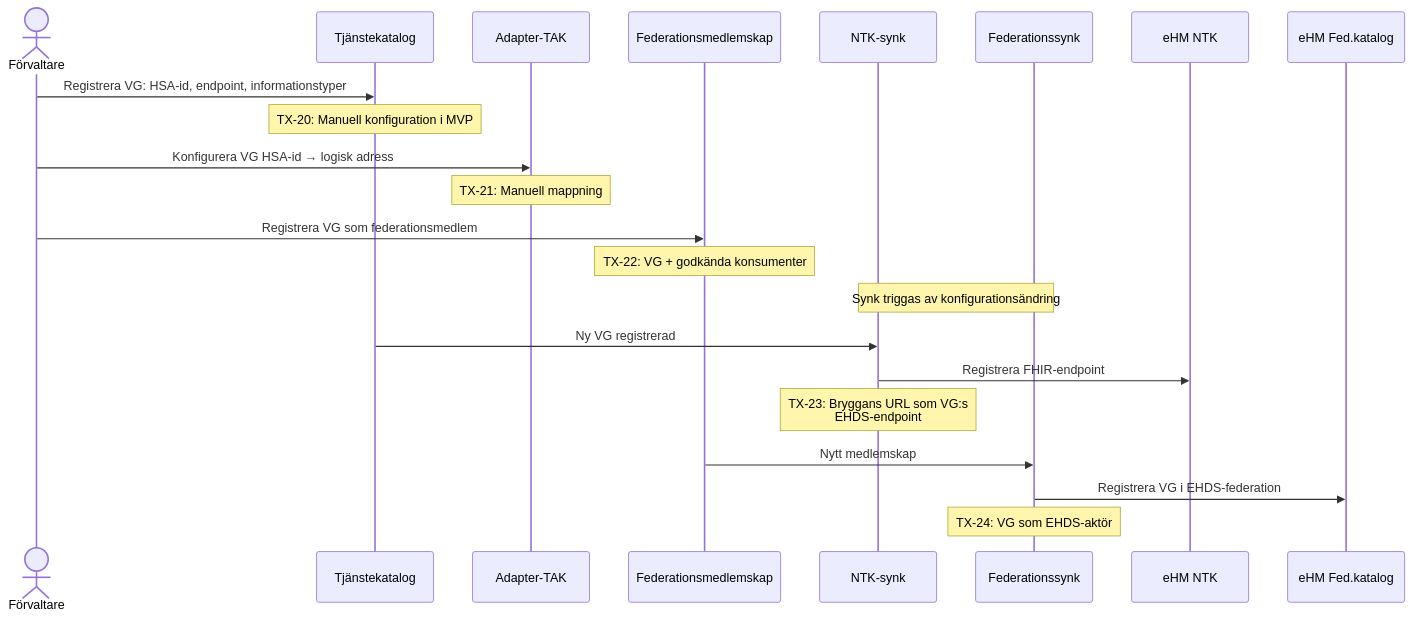
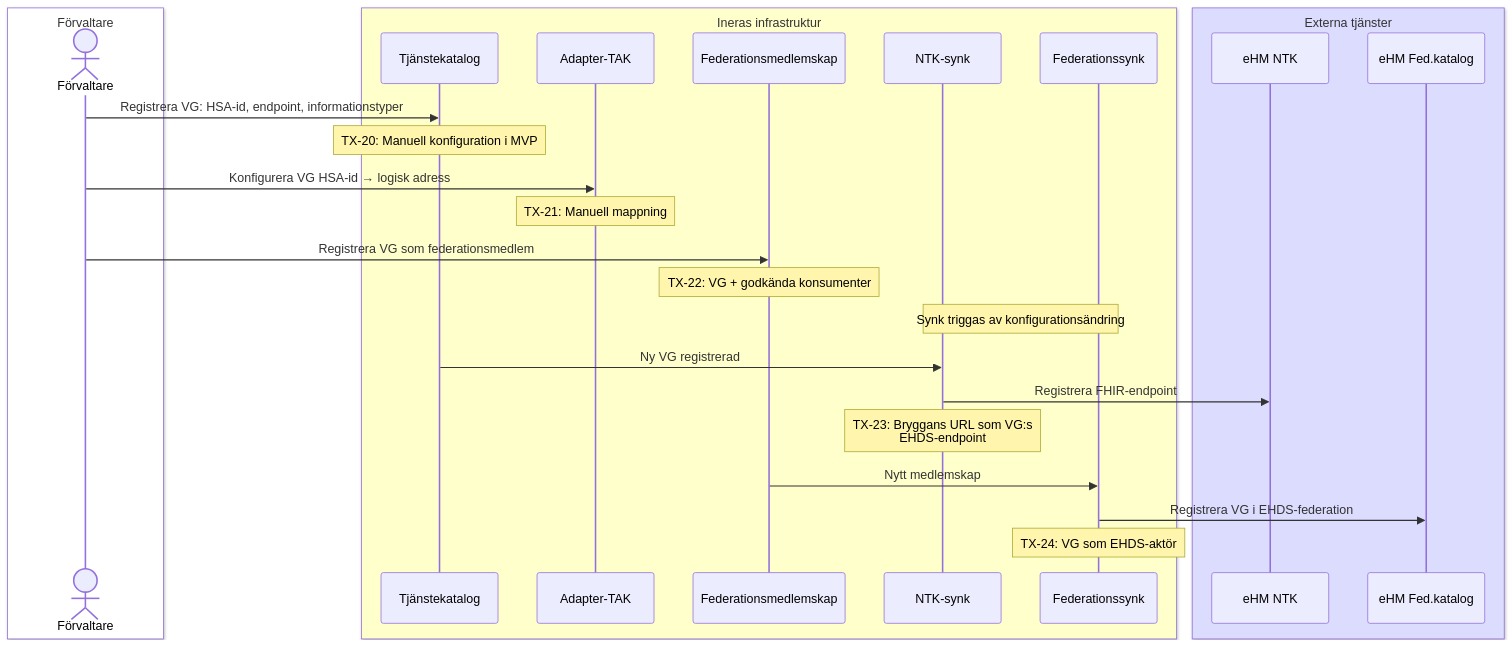
The sixth of 9 diagrams in T2/EHDS-brygga/losningsarkitektur-mvp-ehds.md (oskthu2/inera), drawn with Mermaid before and after one commit. The commit also changed other lines of this file, not shown here.

First line of the commit message:
Lägg till färgade boxar i alla Mermaid-diagram

````diff
--- a/T2/EHDS-brygga/losningsarkitektur-mvp-ehds.md
+++ b/T2/EHDS-brygga/losningsarkitektur-mvp-ehds.md
@@ -271,30 +289,36 @@
 ```mermaid
 sequenceDiagram
-    actor FV as Förvaltare
-    participant TK as Tjänstekatalog
-    participant TAK as Adapter-TAK
-    participant FMK as Federationsmedlemskap
-    participant NS as NTK-synk
-    participant FS as Federationssynk
-    participant eHM_NTK as eHM NTK
-    participant eHM_FED as eHM Fed.katalog
+    box rgb(255,255,255) Förvaltare
+        actor FV as Förvaltare
+    end
+    box rgb(255,255,204) Ineras infrastruktur
+        participant TK as Tjänstekatalog
+        participant TAK as Adapter-TAK
+        participant FMK as Federationsmedlemskap
+        participant NS as NTK-synk
+        participant FS as Federationssynk
+    end
+    box rgb(220,220,255) Externa tjänster
+        participant eHM_NTK as eHM NTK
+        participant eHM_FED as eHM Fed.katalog
+    end
 
     FV->>TK: Registrera VG: HSA-id, endpoint, informationstyper
     Note over TK: TX-20: Manuell konfiguration i MVP
 
     FV->>TAK: Konfigurera VG HSA-id → logisk adress
     Note over TAK: TX-21: Manuell mappning
 
     FV->>FMK: Registrera VG som federationsmedlem
     Note over FMK: TX-22: VG + godkända konsumenter
 
     Note over NS,FS: Synk triggas av konfigurationsändring
 
     TK->>NS: Ny VG registrerad
     NS->>eHM_NTK: Registrera FHIR-endpoint
     Note over NS: TX-23: Bryggans URL som VG:s<br/>EHDS-endpoint
 
     FMK->>FS: Nytt medlemskap
     FS->>eHM_FED: Registrera VG i EHDS-federation
     Note over FS: TX-24: VG som EHDS-aktör
 ```
````
